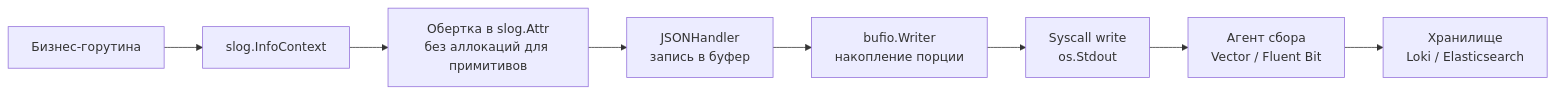
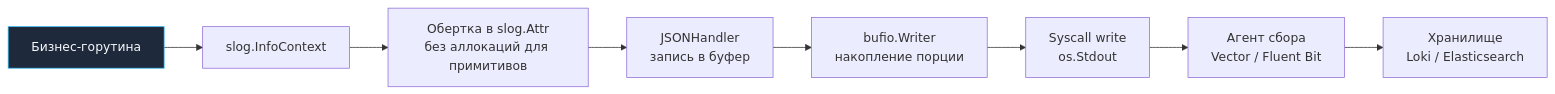
The diagram in sources/9. Бэкенд на Go (Практика разработки)/42. Логирование в production.md (UnrealTemplier/go-textbook), drawn with Mermaid before and after one commit. The commit also changed 1666 other files, not shown here.

First line of the commit message:
feat(mermaid): add semantic color classDef to 1369 colorless flowchart/graph diagrams

````diff
--- a/sources/9. Бэкенд на Go (Практика разработки)/42. Логирование в production.md
+++ b/sources/9. Бэкенд на Go (Практика разработки)/42. Логирование в production.md
@@ -19,10 +19,20 @@
 ```mermaid
 flowchart LR
-    A["Бизнес-горутина"] --> B["slog.InfoContext"]
+    classDef process  fill:#1e293b,stroke:#38bdf8,stroke-width:1px,color:#f8fafc
+    classDef success  fill:#064e3b,stroke:#34d399,stroke-width:1px,color:#f8fafc
+    classDef error    fill:#7f1d1d,stroke:#f87171,stroke-width:1px,color:#f8fafc
+    classDef warning  fill:#78350f,stroke:#fbbf24,stroke-width:1px,color:#f8fafc
+    classDef entry    fill:#1e3a5f,stroke:#38bdf8,stroke-width:2px,color:#f8fafc
+    classDef aux      fill:#334155,stroke:#64748b,stroke-width:1px,color:#f8fafc
+    classDef system   fill:#312e81,stroke:#a78bfa,stroke-width:1px,color:#f8fafc
+    classDef data     fill:#132d29,stroke:#2dd4bf,stroke-width:1px,color:#f8fafc
+    classDef network  fill:#881337,stroke:#fb7185,stroke-width:1px,color:#f8fafc
+    classDef accent   fill:#1e1b4b,stroke:#818cf8,stroke-width:1px,color:#f8fafc
+    A["Бизнес-горутина"]:::process --> B["slog.InfoContext"]
     B --> C["Обертка в slog.Attr<br>без аллокаций для примитивов"]
     C --> D["JSONHandler<br>запись в буфер"]
     D --> E["bufio.Writer<br>накопление порции"]
     E --> F["Syscall write<br>os.Stdout"]
     F --> G["Агент сбора<br>Vector / Fluent Bit"]
     G --> H["Хранилище<br>Loki / Elasticsearch"]
 ```
````
